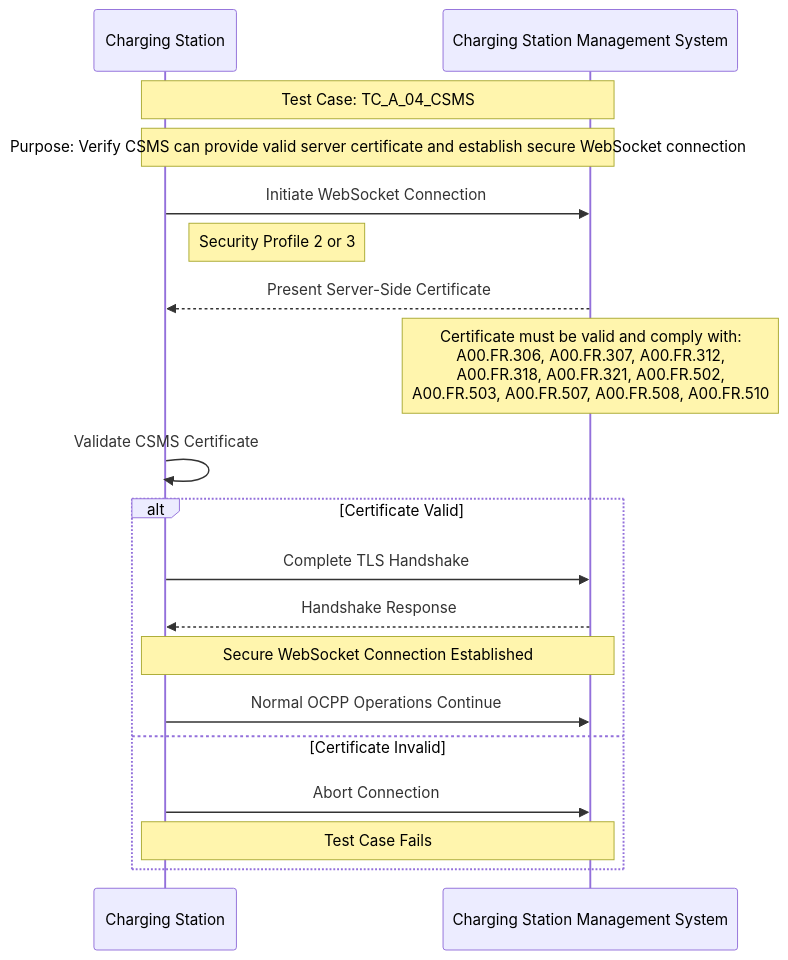
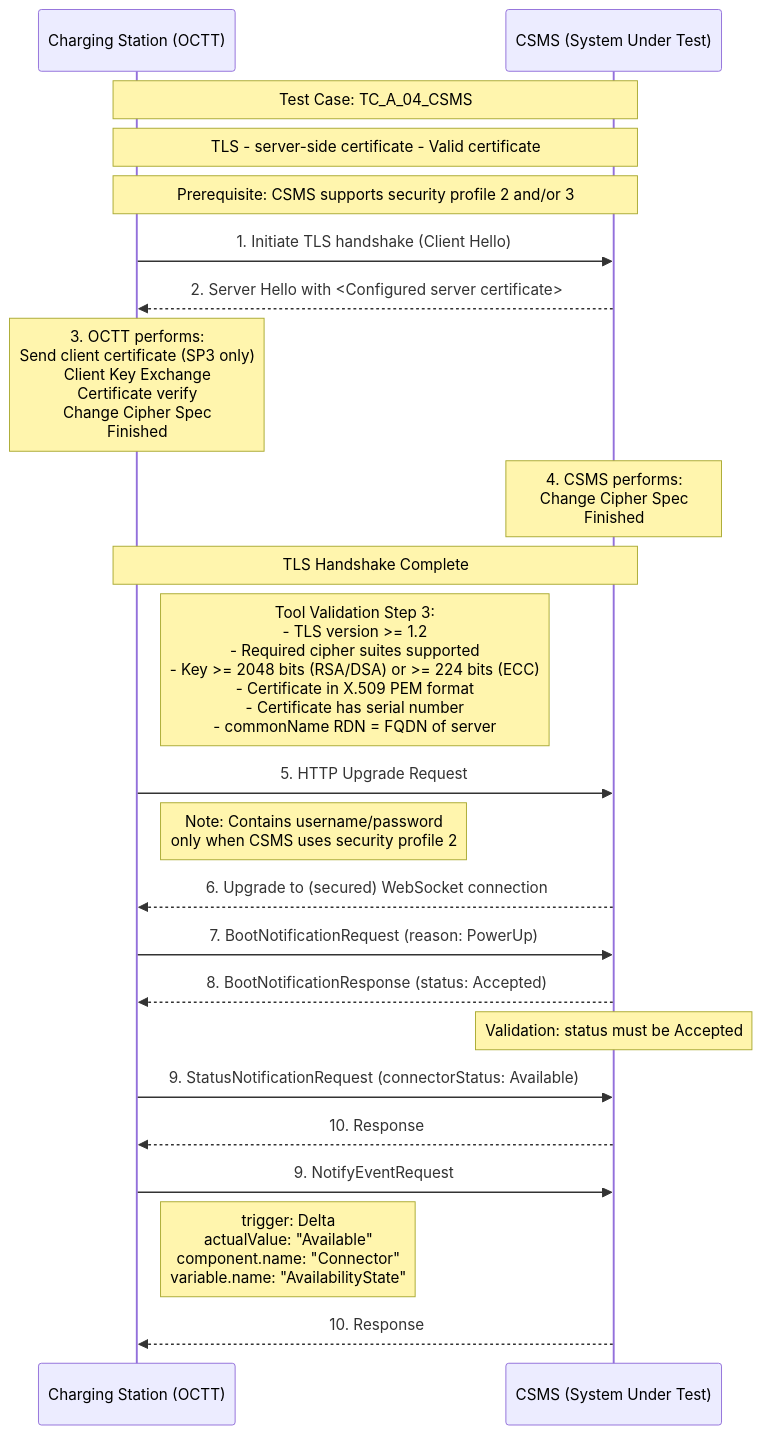
The diagram in A/test_tc_a_04_csms.mermaid (AviranAbady/tzi-OCTT), drawn with Mermaid before and after one commit. The commit also changed 547 other files, not shown here.

```diff
--- a/A/test_tc_a_04_csms.mermaid
+++ b/A/test_tc_a_04_csms.mermaid
@@ -1,24 +1,34 @@
 sequenceDiagram
-    participant CS as Charging Station
-    participant CSMS as Charging Station Management System
-    
+    participant CS as Charging Station (OCTT)
+    participant CSMS as CSMS (System Under Test)
+
     Note over CS,CSMS: Test Case: TC_A_04_CSMS
-    Note over CS,CSMS: Purpose: Verify CSMS can provide valid server certificate and establish secure WebSocket connection
-    
-    CS->>CSMS: Initiate WebSocket Connection
-    Note right of CS: Security Profile 2 or 3
-    
-    CSMS-->>CS: Present Server-Side Certificate
-    Note over CSMS: Certificate must be valid and comply with:<br/>A00.FR.306, A00.FR.307, A00.FR.312,<br/>A00.FR.318, A00.FR.321, A00.FR.502,<br/>A00.FR.503, A00.FR.507, A00.FR.508, A00.FR.510
-    
-    CS->>CS: Validate CSMS Certificate
-    
-    alt Certificate Valid
-        CS->>CSMS: Complete TLS Handshake
-        CSMS-->>CS: Handshake Response
-        Note over CS,CSMS: Secure WebSocket Connection Established
-        CS->>CSMS: Normal OCPP Operations Continue
-    else Certificate Invalid
-        CS->>CSMS: Abort Connection
-        Note over CS,CSMS: Test Case Fails
-    end
+    Note over CS,CSMS: TLS - server-side certificate - Valid certificate
+    Note over CS,CSMS: Prerequisite: CSMS supports security profile 2 and/or 3
+
+    CS->>CSMS: 1. Initiate TLS handshake (Client Hello)
+    CSMS-->>CS: 2. Server Hello with <Configured server certificate>
+
+    Note over CS: 3. OCTT performs:<br/>Send client certificate (SP3 only)<br/>Client Key Exchange<br/>Certificate verify<br/>Change Cipher Spec<br/>Finished
+
+    Note over CSMS: 4. CSMS performs:<br/>Change Cipher Spec<br/>Finished
+
+    Note over CS,CSMS: TLS Handshake Complete
+
+    Note right of CS: Tool Validation Step 3:<br/>- TLS version >= 1.2<br/>- Required cipher suites supported<br/>- Key >= 2048 bits (RSA/DSA) or >= 224 bits (ECC)<br/>- Certificate in X.509 PEM format<br/>- Certificate has serial number<br/>- commonName RDN = FQDN of server
+
+    CS->>CSMS: 5. HTTP Upgrade Request
+    Note right of CS: Note: Contains username/password<br/>only when CSMS uses security profile 2
+
+    CSMS-->>CS: 6. Upgrade to (secured) WebSocket connection
+
+    CS->>CSMS: 7. BootNotificationRequest (reason: PowerUp)
+    CSMS-->>CS: 8. BootNotificationResponse (status: Accepted)
+    Note over CSMS: Validation: status must be Accepted
+
+    CS->>CSMS: 9. StatusNotificationRequest (connectorStatus: Available)
+    CSMS-->>CS: 10. Response
+
+    CS->>CSMS: 9. NotifyEventRequest
+    Note right of CS: trigger: Delta<br/>actualValue: "Available"<br/>component.name: "Connector"<br/>variable.name: "AvailabilityState"
+    CSMS-->>CS: 10. Response
```
